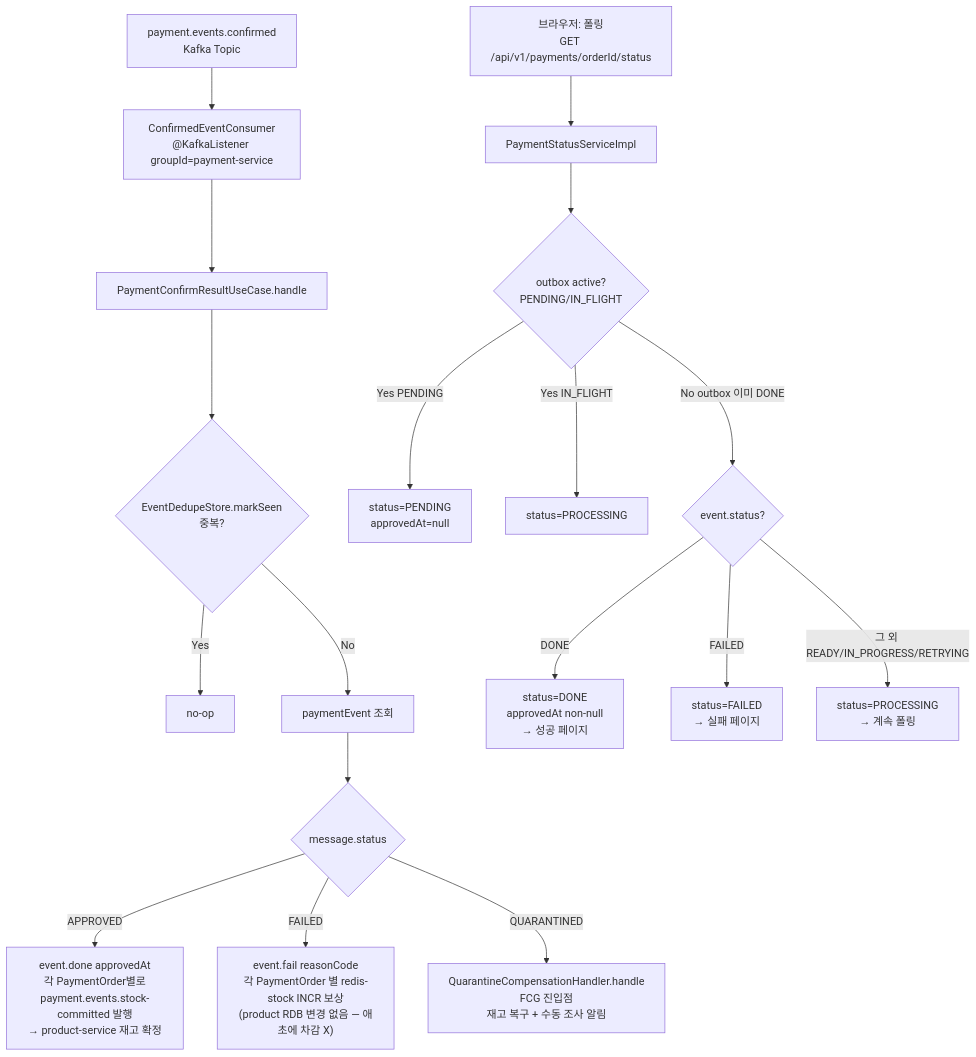
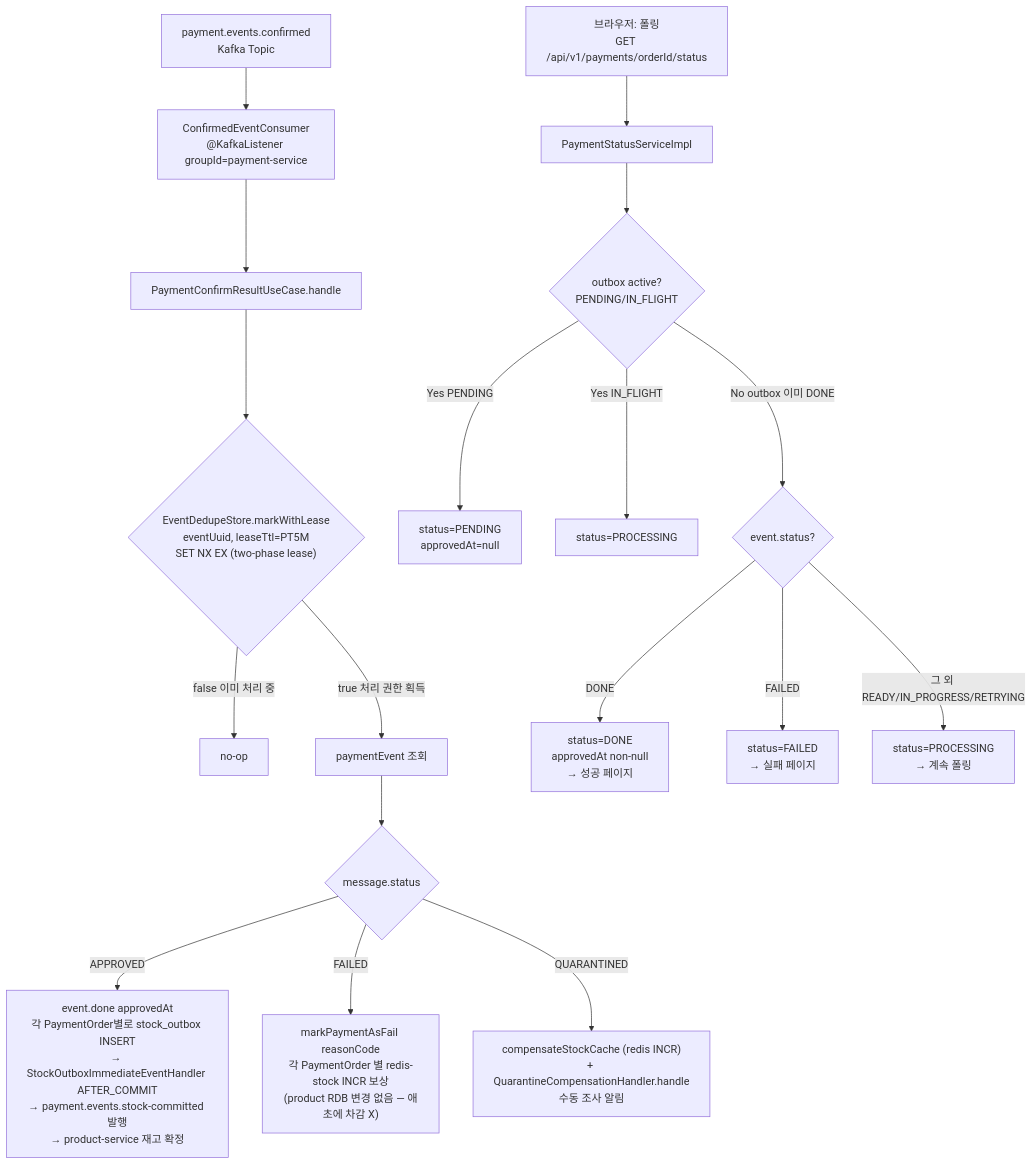
Before and after one commit to hyoguoo/payment-platform: the fifth of 10 diagrams in docs/context/PAYMENT-FLOW.md, drawn with Mermaid. The commit also changed other lines of this file and 9 other files, not shown here.

First line of the commit message:
docs(context): CONFIRM-FLOW 두 파일 통합 + 코드 사실 재검증 + 차이 보고서

````diff
--- a/docs/context/PAYMENT-FLOW.md
+++ b/docs/context/PAYMENT-FLOW.md
@@ -134,21 +134,21 @@
 ```mermaid
 flowchart TD
     AA["payment.events.confirmed<br/>Kafka Topic"] --> AB["ConfirmedEventConsumer<br/>@KafkaListener groupId=payment-service"]
     AB --> AC["PaymentConfirmResultUseCase.handle"]
-    AC --> AC1{"EventDedupeStore.markSeen<br/>중복?"}
-    AC1 -->|Yes| AC1a["no-op"]
-    AC1 -->|No| AC2["paymentEvent 조회"]
+    AC --> AC1{"EventDedupeStore.markWithLease<br/>eventUuid, leaseTtl=PT5M<br/>SET NX EX (two-phase lease)"}
+    AC1 -->|false 이미 처리 중| AC1a["no-op"]
+    AC1 -->|true 처리 권한 획득| AC2["paymentEvent 조회"]
     AC2 --> AD{"message.status"}
-    AD -->|APPROVED| AE1["event.done approvedAt<br/>각 PaymentOrder별로<br/>payment.events.stock-committed 발행<br/>→ product-service 재고 확정"]
-    AD -->|FAILED| AE2["event.fail reasonCode<br/>각 PaymentOrder 별 redis-stock INCR 보상<br/>(product RDB 변경 없음 — 애초에 차감 X)"]
-    AD -->|QUARANTINED| AE3["QuarantineCompensationHandler.handle<br/>FCG 진입점<br/>재고 복구 + 수동 조사 알림"]
+    AD -->|APPROVED| AE1["event.done approvedAt<br/>각 PaymentOrder별로 stock_outbox INSERT<br/>→ StockOutboxImmediateEventHandler AFTER_COMMIT<br/>→ payment.events.stock-committed 발행<br/>→ product-service 재고 확정"]
+    AD -->|FAILED| AE2["markPaymentAsFail reasonCode<br/>각 PaymentOrder 별 redis-stock INCR 보상<br/>(product RDB 변경 없음 — 애초에 차감 X)"]
+    AD -->|QUARANTINED| AE3["compensateStockCache (redis INCR)<br/>+ QuarantineCompensationHandler.handle<br/>수동 조사 알림"]
 
     AF["브라우저: 폴링<br/>GET /api/v1/payments/orderId/status"] --> AG["PaymentStatusServiceImpl"]
     AG --> AG1{"outbox active?<br/>PENDING/IN_FLIGHT"}
     AG1 -->|Yes PENDING| AG1a["status=PENDING<br/>approvedAt=null"]
     AG1 -->|Yes IN_FLIGHT| AG1b["status=PROCESSING"]
     AG1 -->|No outbox 이미 DONE| AG2{"event.status?"}
     AG2 -->|DONE| AH1["status=DONE<br/>approvedAt non-null<br/>→ 성공 페이지"]
     AG2 -->|FAILED| AH2["status=FAILED<br/>→ 실패 페이지"]
     AG2 -->|"그 외 READY/IN_PROGRESS/RETRYING"| AH3["status=PROCESSING<br/>→ 계속 폴링"]
 ```
````
